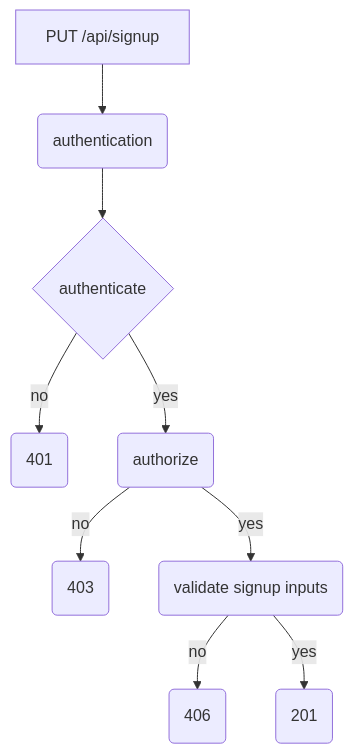
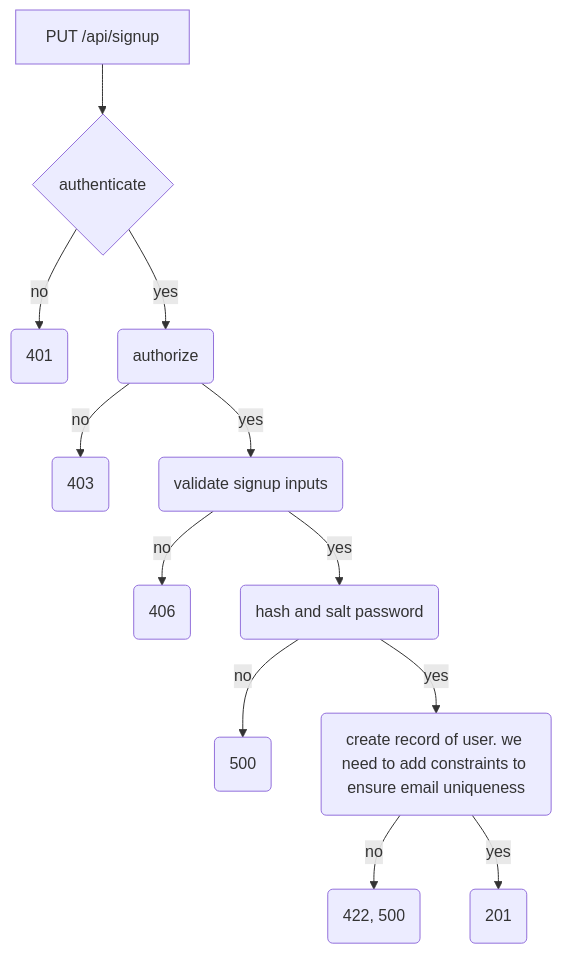
The diagram in pkg/docs/auth/user_sign_up_design_docs.md (VicOsewe/SecurePass), drawn with Mermaid before and after one commit.

Commit message:
add user regitration docs

````diff
--- a/pkg/docs/auth/user_sign_up_design_docs.md
+++ b/pkg/docs/auth/user_sign_up_design_docs.md
@@ -1,11 +1,14 @@
 ```mermaid
 graph TD
-    A[PUT /api/signup] --> B(authentication)
-    B --> C{authenticate}
-    C --> |no|D(401)
-    C --> |yes| E(authorize)
+    A[PUT /api/signup] --> B{authenticate}
+    B --> |no|D(401)
+    B --> |yes| E(authorize)
     E --> |no| F(403)
     E --> |yes| G(validate signup inputs)
     G --> |no| H(406)
-    G --> |yes| I(201)
+    G --> |yes| I(hash and salt password)
+    I --> |no| J(500)
+    I --> |yes| K(create record of user. we need to add constraints to ensure email uniqueness)
+    K --> |no| L(422, 500)
+    K --> |yes| M(201)
 ```
````
